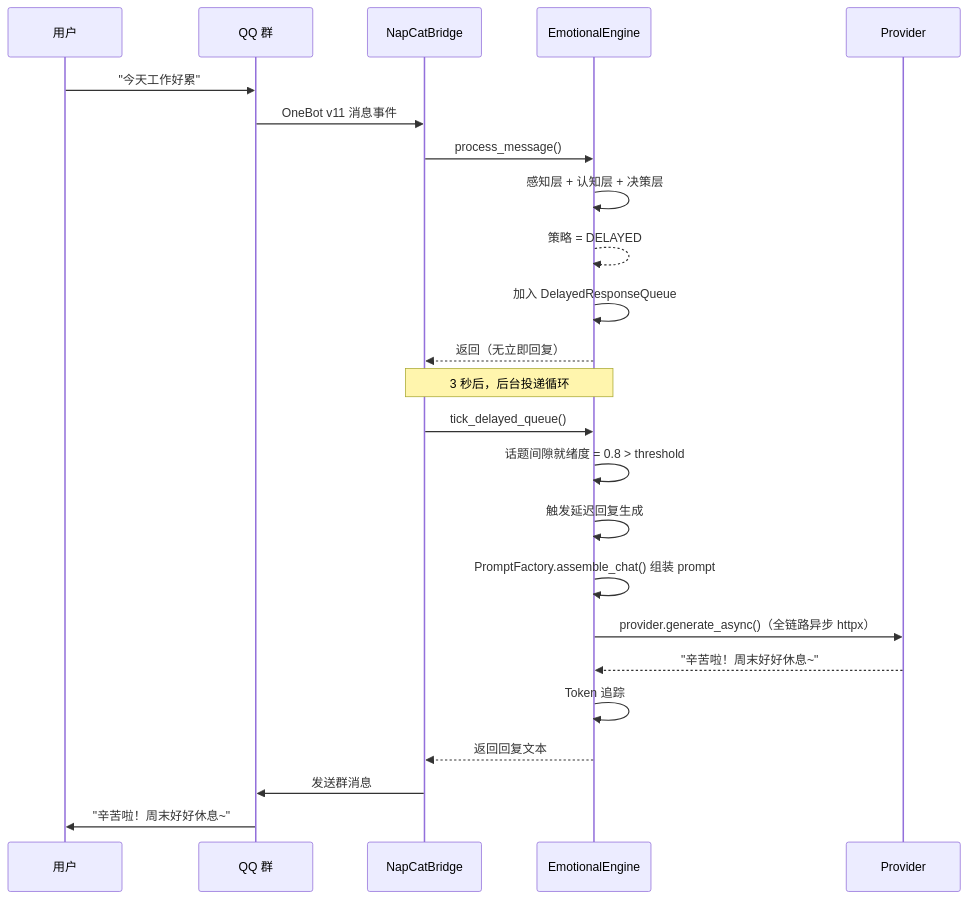
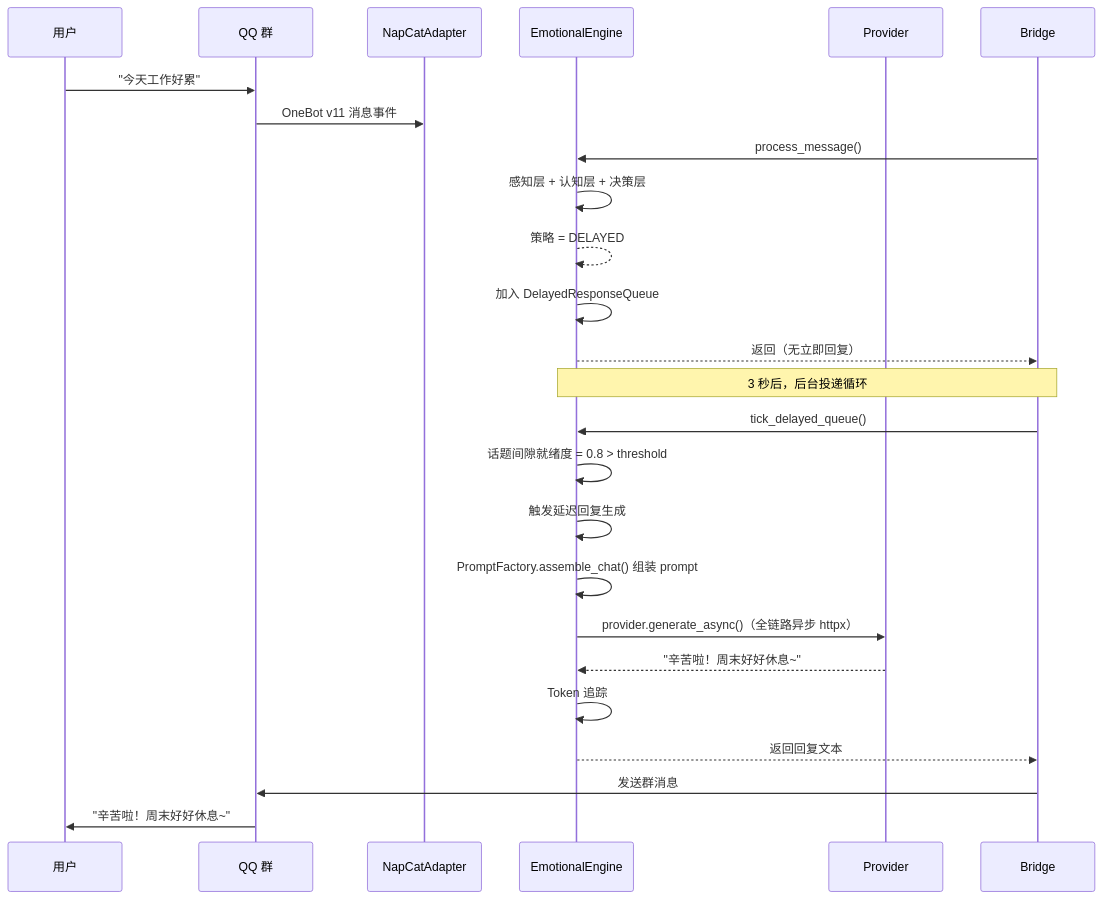
The sixth of 11 diagrams in docs/full-architecture-flow.md (Sparrived/SiriusPulse), drawn with Mermaid before and after one commit. The commit also changed other lines of this file and 20 other files, not shown here.

````diff
--- a/docs/full-architecture-flow.md
+++ b/docs/full-architecture-flow.md
@@ -229,29 +226,29 @@
 ```mermaid
 sequenceDiagram
     participant User as 用户
     participant QQ as QQ 群
-    participant Bridge as NapCatBridge
+    participant Adapter as NapCatAdapter
     participant Engine as EmotionalEngine
     participant LLM as Provider
 
     User->>QQ: "今天工作好累"
-    QQ->>Bridge: OneBot v11 消息事件
+    QQ->>Adapter: OneBot v11 消息事件
     Bridge->>Engine: process_message()
     Engine->>Engine: 感知层 + 认知层 + 决策层
     Engine-->>Engine: 策略 = DELAYED
     Engine->>Engine: 加入 DelayedResponseQueue
     Engine-->>Bridge: 返回（无立即回复）
 
     Note over Bridge,Engine: 3 秒后，后台投递循环
 
     Bridge->>Engine: tick_delayed_queue()
     Engine->>Engine: 话题间隙就绪度 = 0.8 > threshold
     Engine->>Engine: 触发延迟回复生成
     Engine->>Engine: PromptFactory.assemble_chat() 组装 prompt
     Engine->>LLM: provider.generate_async()（全链路异步 httpx）
     LLM-->>Engine: "辛苦啦！周末好好休息~"
     Engine->>Engine: Token 追踪
     Engine-->>Bridge: 返回回复文本
     Bridge->>QQ: 发送群消息
     QQ->>User: "辛苦啦！周末好好休息~"
 ```
````
